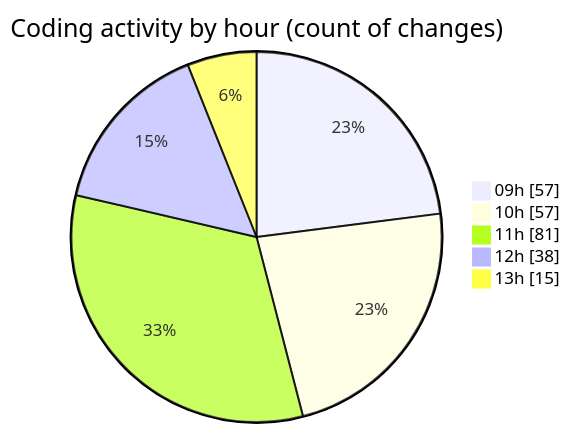
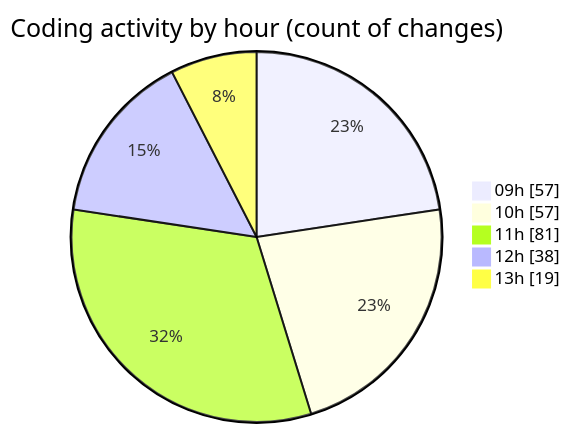
One commit to momahboobian/code-tracking changed the second of 2 diagrams in 2025-09-19/cda/README.md. Above: the diagram before and after it, drawn with Mermaid. The commit also changed other lines of this file and 1 other file, not shown here.

````diff
--- a/2025-09-19/cda/README.md
+++ b/2025-09-19/cda/README.md
@@ -33,9 +33,9 @@
 ```mermaid
 pie showData
 title Coding activity by hour (count of changes)
 "09h" : 57
 "10h" : 57
 "11h" : 81
 "12h" : 38
-"13h" : 15
+"13h" : 19
 ```
````
